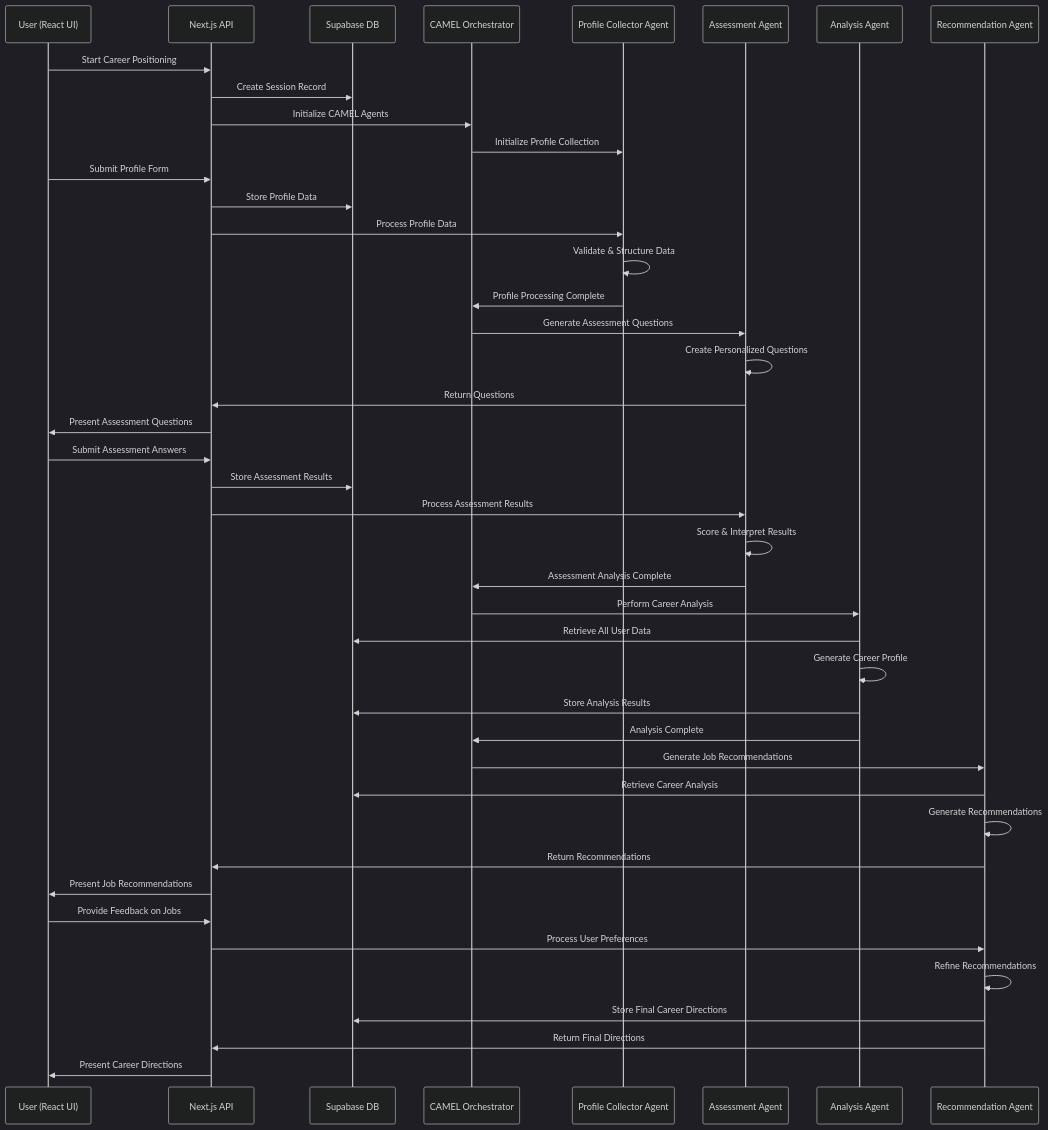
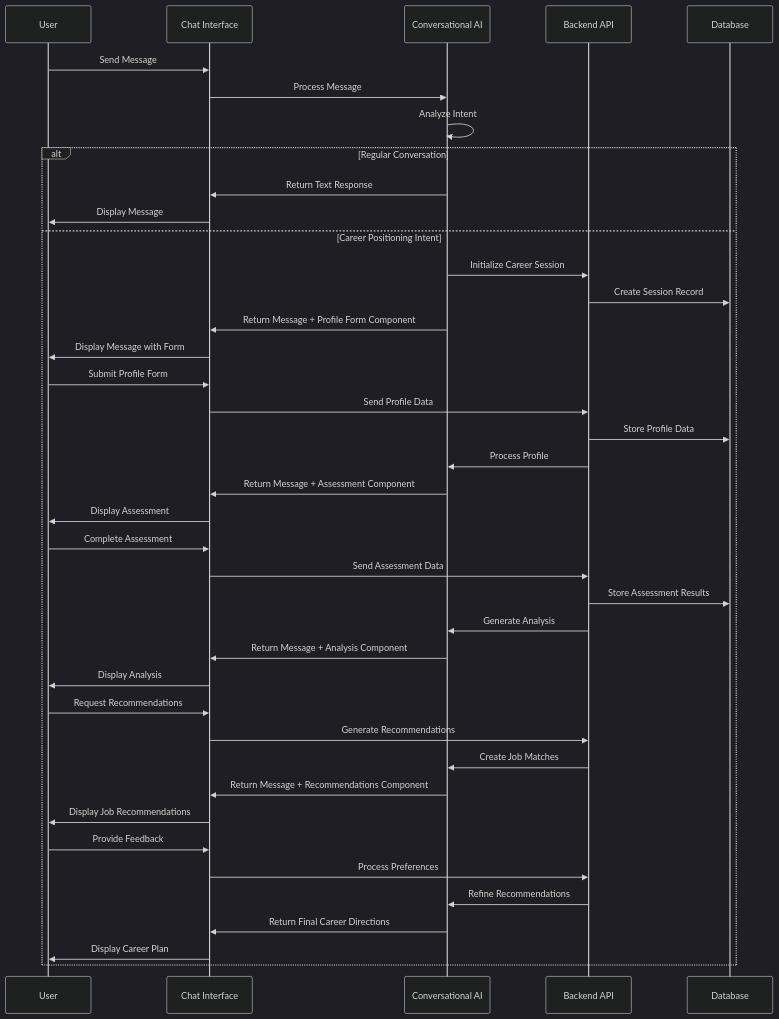
Before and after one commit to Lee999996/ezworking: the second of 2 diagrams in .kiro/specs/career-positioning/design.md, drawn with Mermaid (dark theme). The commit also changed other lines of this file and 43 other files, not shown here.

````diff
--- a/.kiro/specs/career-positioning/design.md
+++ b/.kiro/specs/career-positioning/design.md
@@ -61,52 +61,48 @@
 ```mermaid
 sequenceDiagram
-    participant U as User (React UI)
-    participant API as Next.js API
-    participant DB as Supabase DB
-    participant O as CAMEL Orchestrator
-    participant PC as Profile Collector Agent
-    participant AS as Assessment Agent
-    participant AN as Analysis Agent
-    participant RC as Recommendation Agent
+    participant U as User
+    participant Chat as Chat Interface
+    participant AI as Conversational AI
+    participant API as Backend API
+    participant DB as Database
 
-    U->>API: Start Career Positioning
-    API->>DB: Create Session Record
-    API->>O: Initialize CAMEL Agents
-    O->>PC: Initialize Profile Collection
+    U->>Chat: Send Message
+    Chat->>AI: Process Message
+    AI->>AI: Analyze Intent
     
-    U->>API: Submit Profile Form
-    API->>DB: Store Profile Data
-    API->>PC: Process Profile Data
-    PC->>PC: Validate & Structure Data
-    PC->>O: Profile Processing Complete
-    
-    O->>AS: Generate Assessment Questions
-    AS->>AS: Create Personalized Questions
-    AS->>API: Return Questions
-    API->>U: Present Assessment Questions
-    
-    U->>API: Submit Assessment Answers
-    API->>DB: Store Assessment Results
-    API->>AS: Process Assessment Results
-    AS->>AS: Score & Interpret Results
-    AS->>O: Assessment Analysis Complete
-    
-    O->>AN: Perform Career Analysis
-    AN->>DB: Retrieve All User Data
-    AN->>AN: Generate Career Profile
-    AN->>DB: Store Analysis Results
-    AN->>O: Analysis Complete
-    
-    O->>RC: Generate Job Recommendations
-    RC->>DB: Retrieve Career Analysis
-    RC->>RC: Generate Recommendations
-    RC->>API: Return Recommendations
-    API->>U: Present Job Recommendations
-    
-    U->>API: Provide Feedback on Jobs
-    API->>RC: Process User Preferences
-    RC->>RC: Refine Recommendations
-    RC->>DB: Store Final Career Directions
-    RC->>API: Return Final Directions
-    API->>U: Present Career Directions
+    alt Regular Conversation
+        AI->>Chat: Return Text Response
+        Chat->>U: Display Message
+    else Career Positioning Intent
+        AI->>API: Initialize Career Session
+        API->>DB: Create Session Record
+        AI->>Chat: Return Message + Profile Form Component
+        Chat->>U: Display Message with Form
+        
+        U->>Chat: Submit Profile Form
+        Chat->>API: Send Profile Data
+        API->>DB: Store Profile Data
+        API->>AI: Process Profile
+        AI->>Chat: Return Message + Assessment Component
+        Chat->>U: Display Assessment
+        
+        U->>Chat: Complete Assessment
+        Chat->>API: Send Assessment Data
+        API->>DB: Store Assessment Results
+        API->>AI: Generate Analysis
+        AI->>Chat: Return Message + Analysis Component
+        Chat->>U: Display Analysis
+        
+        U->>Chat: Request Recommendations
+        Chat->>API: Generate Recommendations
+        API->>AI: Create Job Matches
+        AI->>Chat: Return Message + Recommendations Component
+        Chat->>U: Display Job Recommendations
+        
+        U->>Chat: Provide Feedback
+        Chat->>API: Process Preferences
+        API->>AI: Refine Recommendations
+        AI->>Chat: Return Final Career Directions
+        Chat->>U: Display Career Plan
+    end
 ```
````
